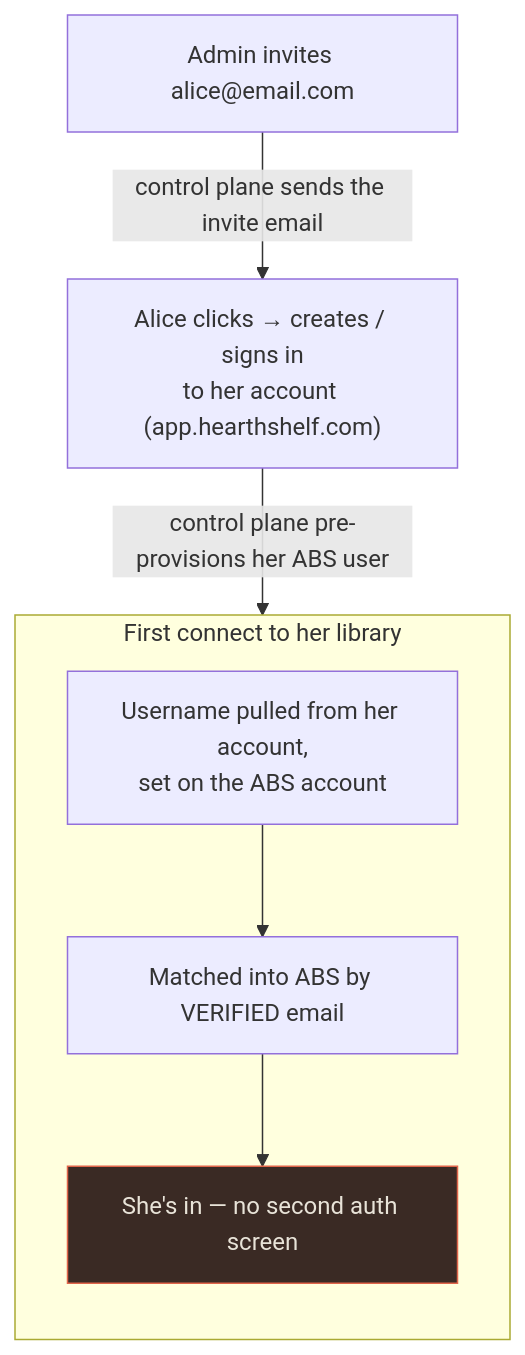
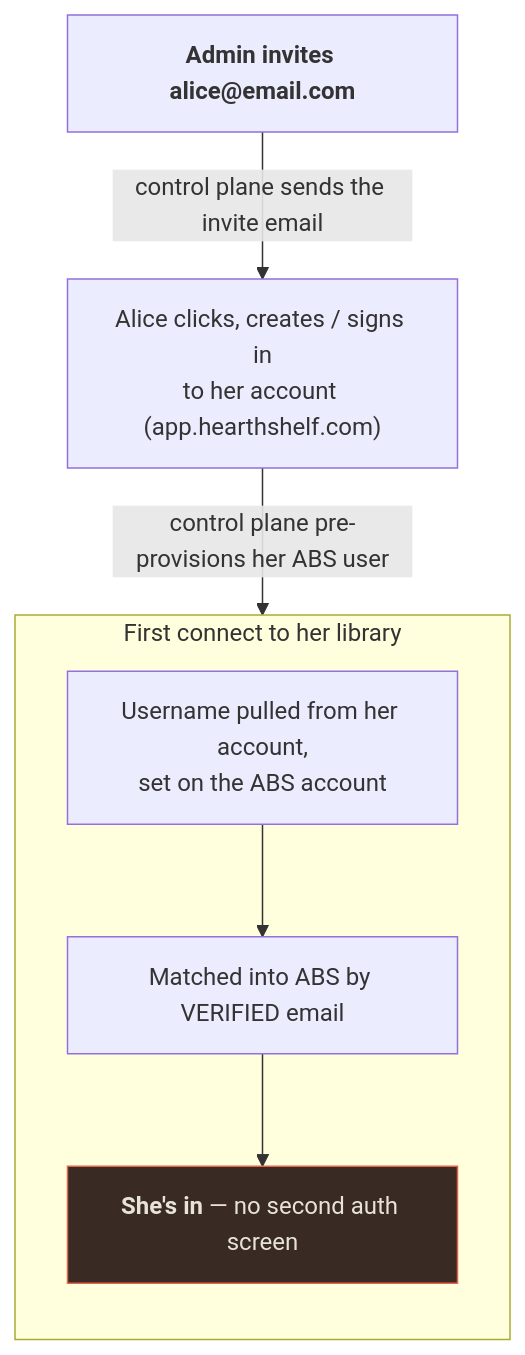
Before and after one commit to HearthShelf/HearthShelf-Docs: the second of 2 diagrams in docs/webapp/pairing.md, drawn with Mermaid. The commit also changed other lines of this file and 6 other files, not shown here.

First line of the commit message:
fixes: Diagram text no longer gets cut off inside boxes

````diff
--- a/docs/webapp/pairing.md
+++ b/docs/webapp/pairing.md
@@ -35,19 +35,19 @@
 ```mermaid
 flowchart TD
-    invite["Admin invites alice@email.com"]
-    signup["Alice clicks &rarr; creates / signs in<br/>to her account (app.hearthshelf.com)"]
+    invite["<b>Admin invites alice@email.com</b>"]
+    signup["Alice clicks, creates / signs in<br/>to her account (app.hearthshelf.com)"]
 
     subgraph connect ["First connect to her library"]
         direction TB
         u1["Username pulled from her account,<br/>set on the ABS account"]
         u2["Matched into ABS by VERIFIED email"]
-        u3["She's in &mdash; no second auth screen"]
+        u3["<b>She's in</b> &mdash; no second auth screen"]
         u1 --> u2 --> u3
     end
 
     invite -->|"control plane sends the invite email"| signup
     signup -->|"control plane pre-provisions her ABS user"| connect
 
     class u3 accent
     classDef accent fill:#3a2a24,stroke:#e0654a,color:#e8e3d8;
 ```
````
